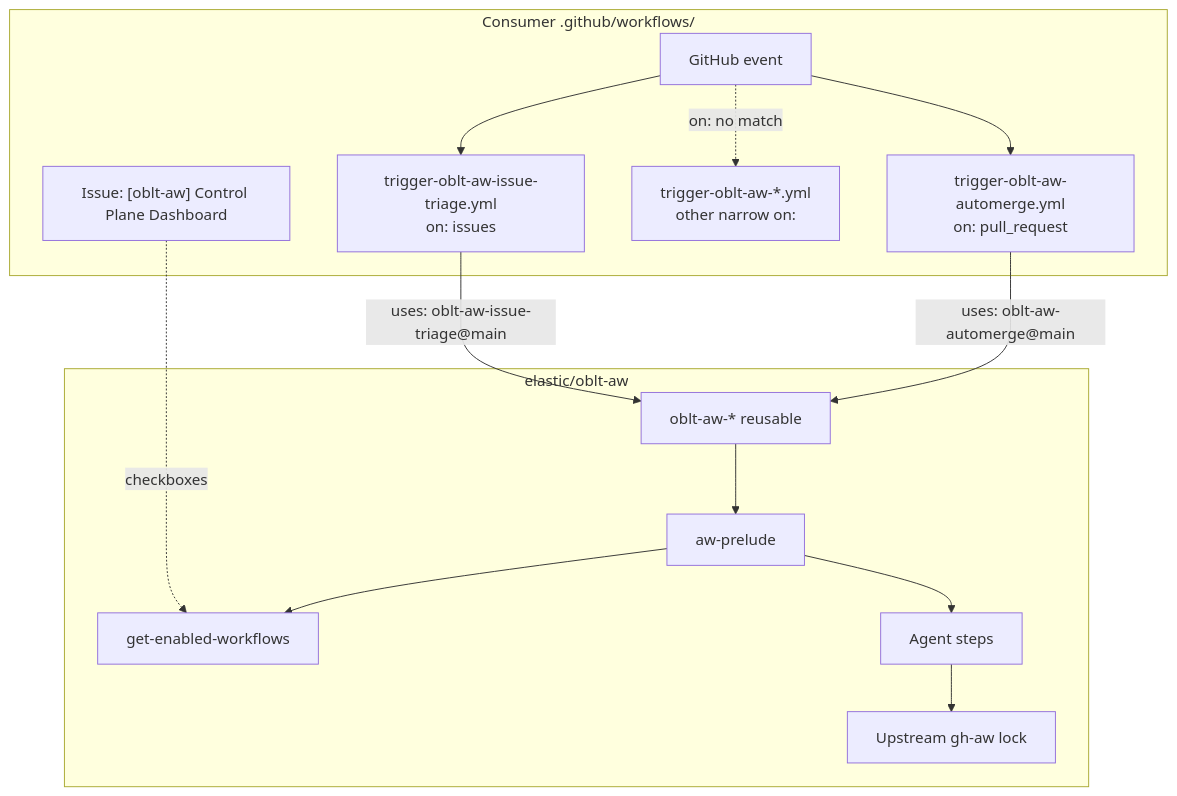
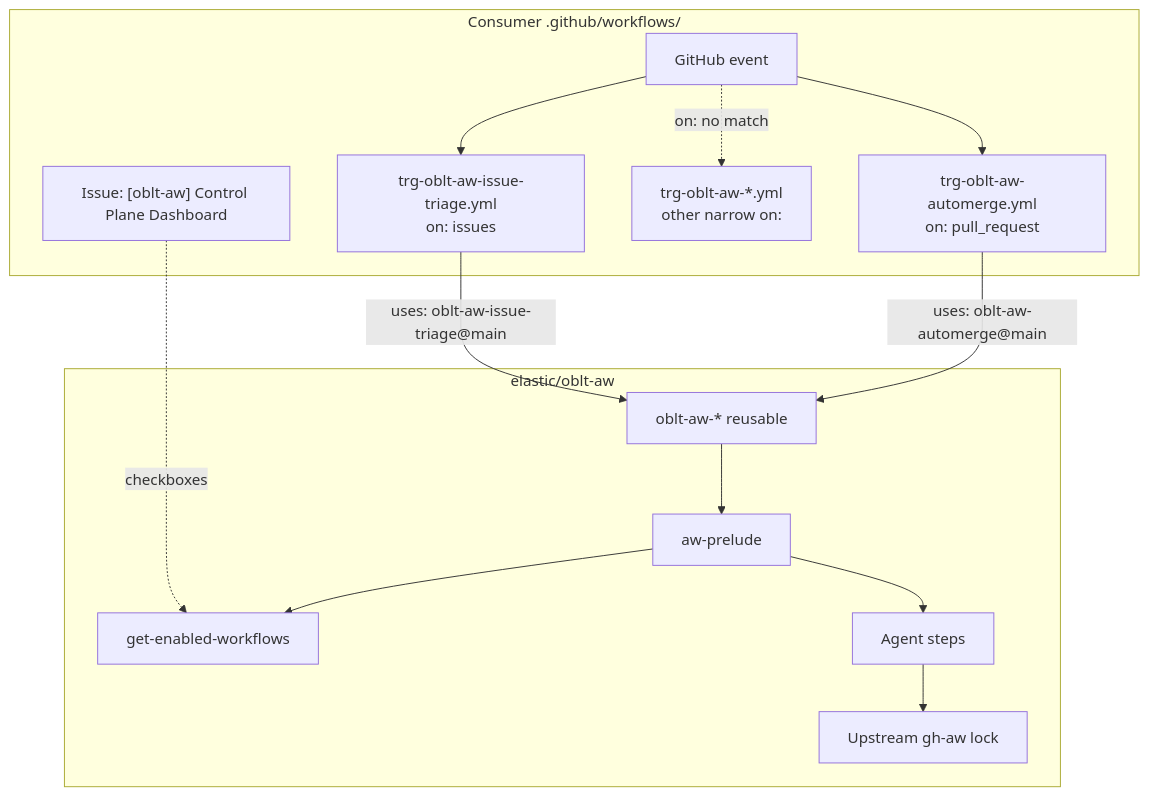
The diagram in docs/workflows/oblt-aw-client-template.md (elastic/oblt-aw), drawn with Mermaid before and after one commit. The commit also changed other lines of this file and 50 other files, not shown here.

First line of the commit message:
refactor(templates): shorten client prefix from trigger- to trg-

````diff
--- a/docs/workflows/oblt-aw-client-template.md
+++ b/docs/workflows/oblt-aw-client-template.md
@@ -21,27 +21,27 @@
 ```mermaid
 flowchart TB
   subgraph Consumer["Consumer .github/workflows/"]
     EVT["GitHub event"]
-    C_AUTO["trigger-oblt-aw-automerge.yml\non: pull_request"]
-    C_TRI["trigger-oblt-aw-issue-triage.yml\non: issues"]
-    C_OTHER["trigger-oblt-aw-*.yml\nother narrow on:"]
+    C_AUTO["trg-oblt-aw-automerge.yml\non: pull_request"]
+    C_TRI["trg-oblt-aw-issue-triage.yml\non: issues"]
+    C_OTHER["trg-oblt-aw-*.yml\nother narrow on:"]
     DASH["Issue: [oblt-aw] Control Plane Dashboard"]
     EVT --> C_AUTO
     EVT --> C_TRI
     EVT -.->|on: no match| C_OTHER
   end
 
   subgraph OBLT["elastic/oblt-aw"]
     R["oblt-aw-* reusable"]
     PRE["aw-prelude"]
     GET["get-enabled-workflows"]
     AG["Agent steps"]
     LOCK["Upstream gh-aw lock"]
     R --> PRE --> GET
     PRE --> AG --> LOCK
   end
 
   DASH -.->|checkboxes| GET
   C_AUTO -->|uses: oblt-aw-automerge@main| R
   C_TRI -->|uses: oblt-aw-issue-triage@main| R
 ```
````
